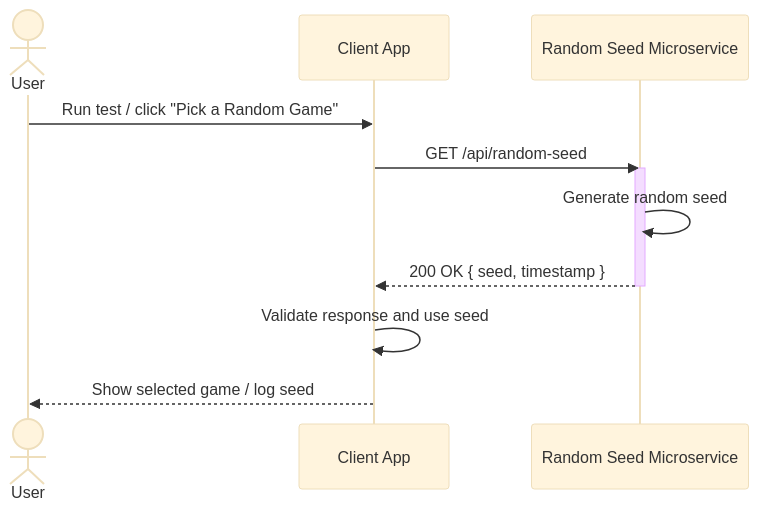
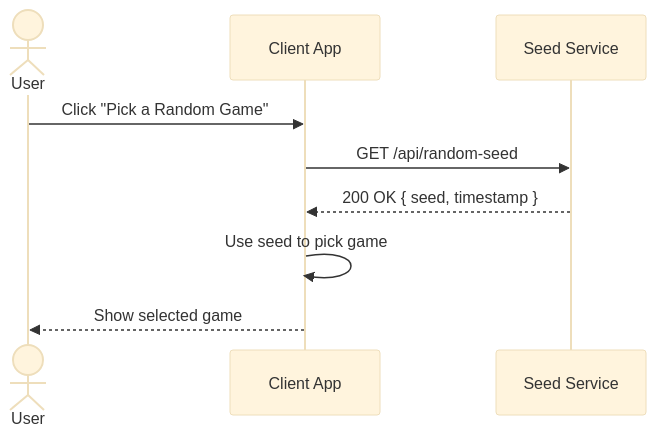
The diagram in README.md (azwrth13/Random-seedMicroservice), drawn with Mermaid (base theme) before and after one commit.

Commit message:
UML diagram

````diff
--- a/README.md
+++ b/README.md
@@ -67,15 +67,13 @@
 ```mermaid
 sequenceDiagram
     actor U as User
     participant C as Client App
-    participant S as Random Seed Microservice
+    participant S as Seed Service
 
-    U->>C: Run test / click "Pick a Random Game"
+    U->>C: Click "Pick a Random Game"
     C->>S: GET /api/random-seed
-    activate S
-    S->>S: Generate random seed
     S-->>C: 200 OK { seed, timestamp }
-    deactivate S
-    C->>C: Validate response and use seed
-    C-->>U: Show selected game / log seed
+    C->>C: Use seed to pick game
+    C-->>U: Show selected game
+
 ```
````
